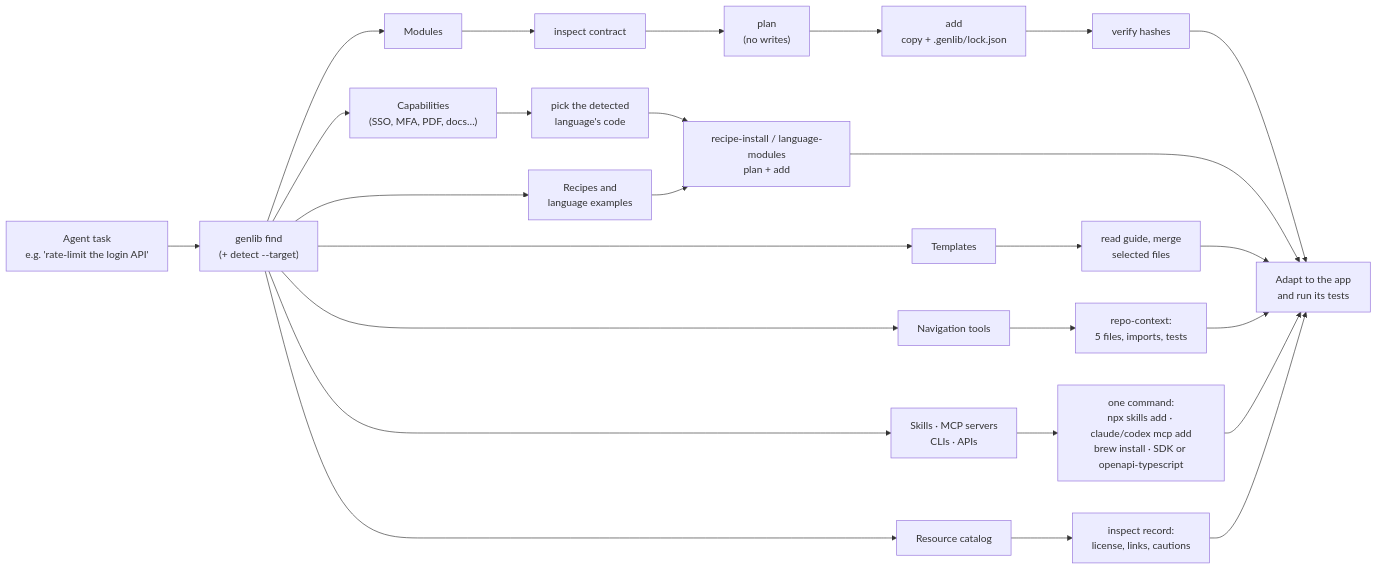
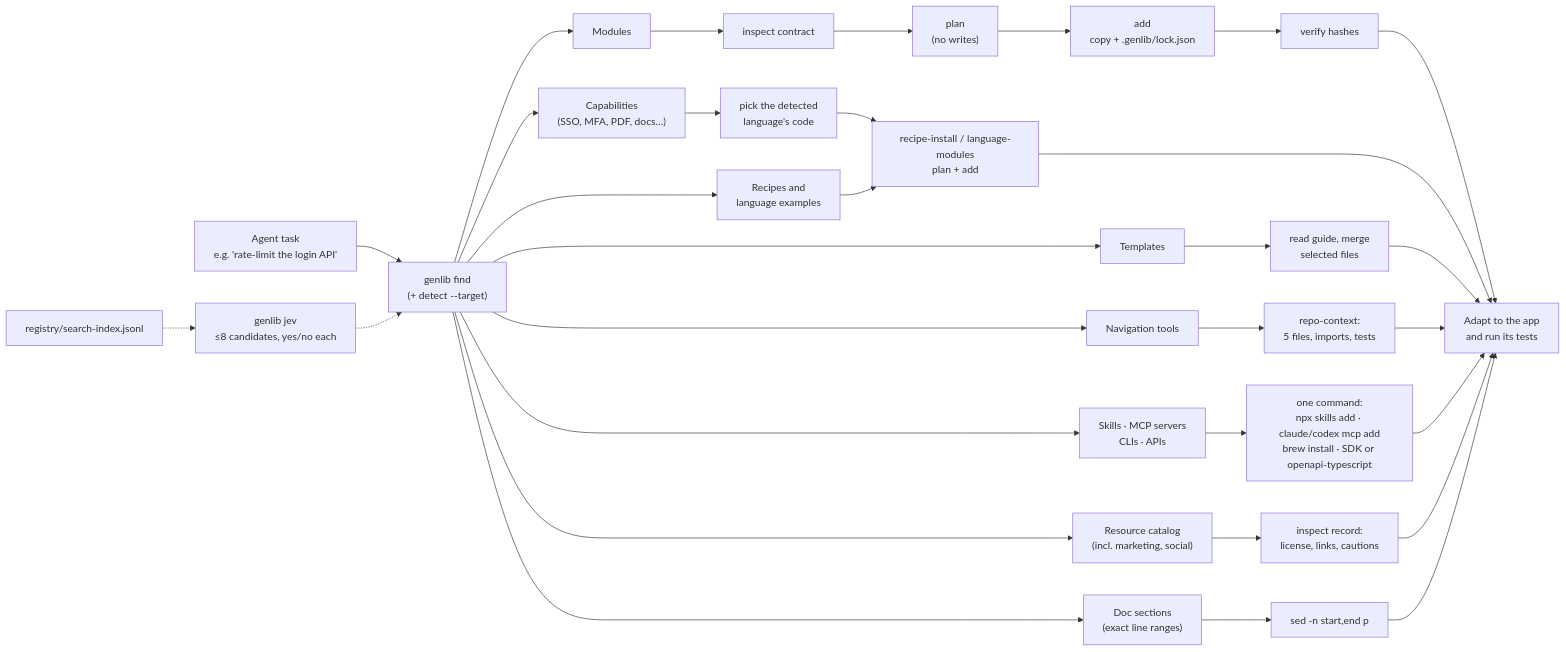
The diagram in README.md (athompson83/genlib), drawn with Mermaid before and after one commit. The commit also changed other lines of this file and 8 other files, not shown here.

First line of the commit message:
Document Jev search and marketing catalogs in README, diagrams, AGENTS and skill

````diff
--- a/README.md
+++ b/README.md
@@ -51,18 +53,22 @@
 ```mermaid
 flowchart LR
   Task["Agent task<br/>e.g. 'rate-limit the login API'"] --> Find["genlib find<br/>(+ detect --target)"]
   Find --> C["Capabilities<br/>(SSO, MFA, PDF, docs…)"]
   Find --> M["Modules"]
   Find --> R["Recipes and<br/>language examples"]
   Find --> T["Templates"]
   Find --> N["Navigation tools"]
   Find --> S["Skills · MCP servers<br/>CLIs · APIs"]
-  Find --> X["Resource catalog"]
+  Find --> X["Resource catalog<br/>(incl. marketing, social)"]
+  Find --> D["Doc sections<br/>(exact line ranges)"]
+  Jev["genlib jev<br/>≤8 candidates, yes/no each"] -.-> Find
+  Index["registry/search-index.jsonl"] -.-> Jev
   M --> Inspect["inspect contract"] --> Plan["plan<br/>(no writes)"] --> Add["add<br/>copy + .genlib/lock.json"] --> Verify["verify hashes"] --> App["Adapt to the app<br/>and run its tests"]
   C --> Lang["pick the detected<br/>language's code"] --> Copy
   R --> Copy["recipe-install / language-modules<br/>plan + add"] --> App
   T --> Merge["read guide, merge<br/>selected files"] --> App
   N --> Context["repo-context:<br/>5 files, imports, tests"] --> App
   S --> SkillAdd["one command:<br/>npx skills add · claude/codex mcp add<br/>brew install · SDK or openapi-typescript"] --> App
   X --> Adopt["inspect record:<br/>license, links, cautions"] --> App
+  D --> Section["sed -n start,end p"] --> App
 ```
````
